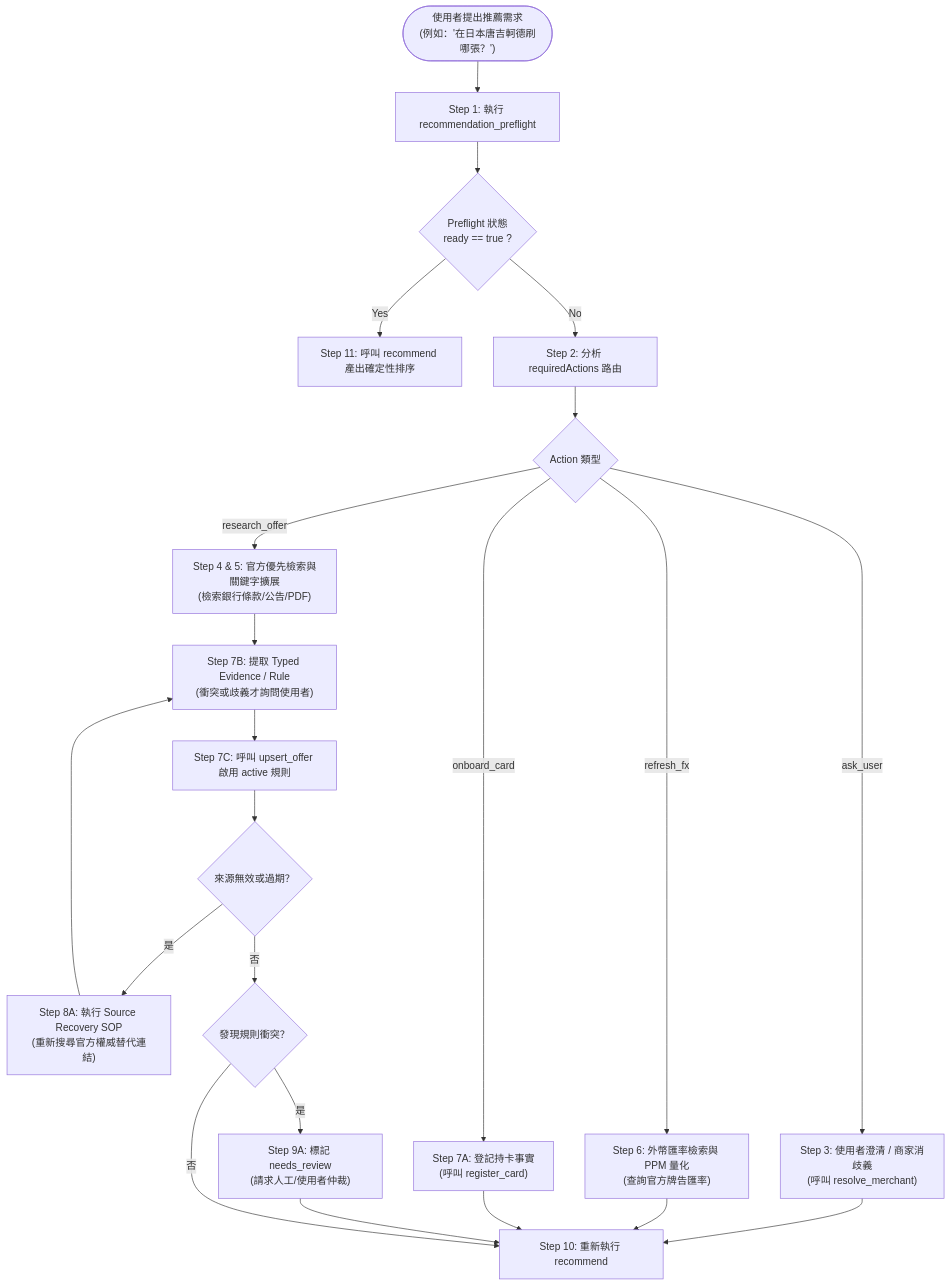
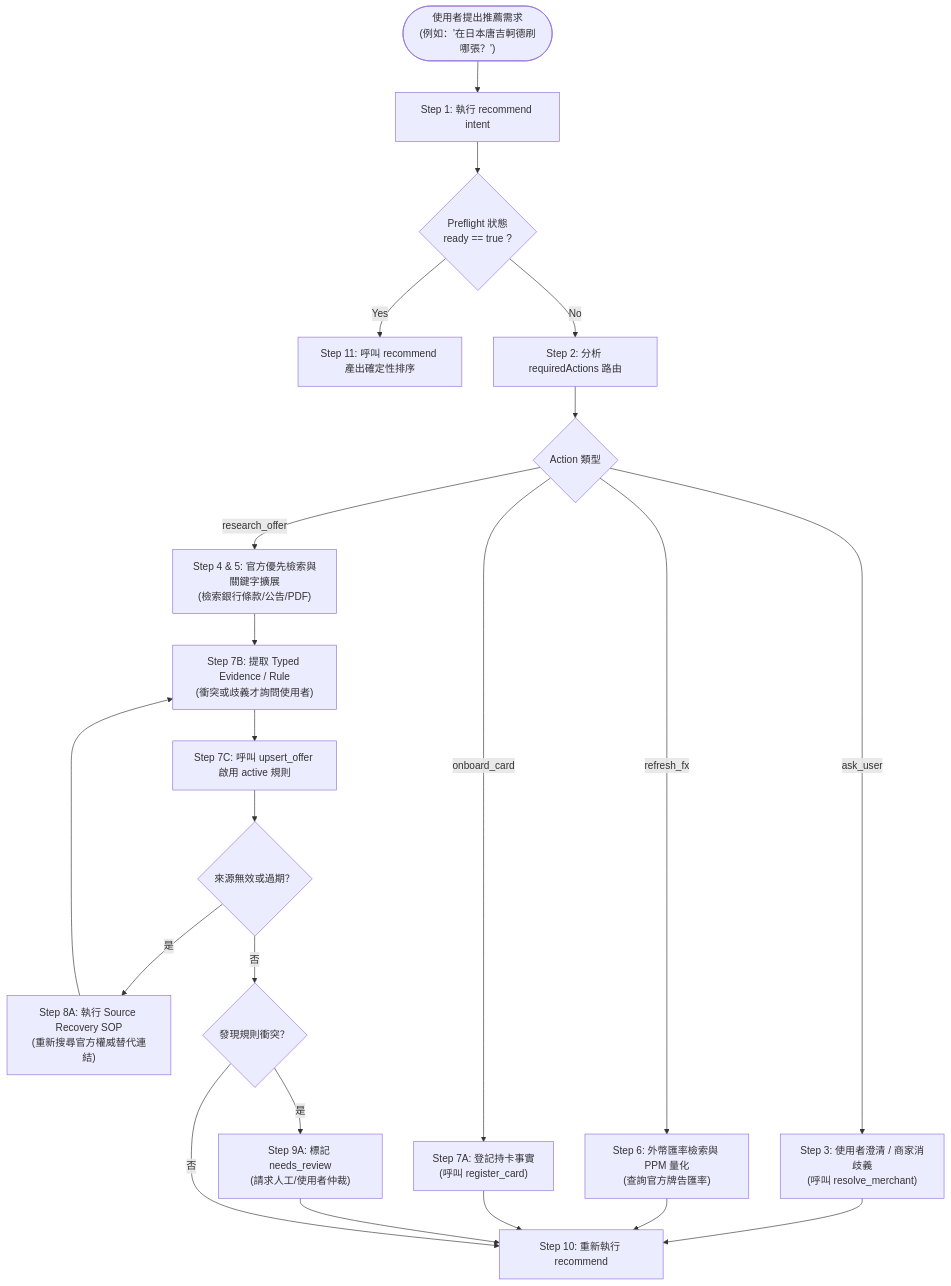
The diagram in docs/agents/agent-research-skill-and-preflight-sop.md (acetaxxxx/taiwan-card-rewards-mcp), drawn with Mermaid before and after one commit. The commit also changed 1 other file, not shown here.

Commit message:
docs: remove stale preflight and confirmation guidance

````diff
--- a/docs/agents/agent-research-skill-and-preflight-sop.md
+++ b/docs/agents/agent-research-skill-and-preflight-sop.md
@@ -72,29 +72,29 @@
 ```mermaid
 flowchart TD
-    Start(["使用者提出推薦需求\n(例如：'在日本唐吉軻德刷哪張？')"]) --> Step1["Step 1: 執行 recommendation_preflight"]
+    Start(["使用者提出推薦需求\n(例如：'在日本唐吉軻德刷哪張？')"]) --> Step1["Step 1: 執行 recommend intent"]
     Step1 --> CheckReady{"Preflight 狀態\nready == true ?"}
 
     CheckReady -- Yes --> Step11["Step 11: 呼叫 recommend 產出確定性排序"]
 
     CheckReady -- No --> Step2["Step 2: 分析 requiredActions 路由"]
 
     Step2 --> ActionRouter{Action 類型}
     ActionRouter -- ask_user --> Step3["Step 3: 使用者澄清 / 商家消歧義\n(呼叫 resolve_merchant)"]
     ActionRouter -- refresh_fx --> Step6["Step 6: 外幣匯率檢索與 PPM 量化\n(查詢官方牌告匯率)"]
     ActionRouter -- research_offer --> Step4["Step 4 & 5: 官方優先檢索與關鍵字擴展\n(檢索銀行條款/公告/PDF)"]
     ActionRouter -- onboard_card --> Step7A["Step 7A: 登記持卡事實\n(呼叫 register_card)"]
 
     Step3 --> Step10["Step 10: 重新執行 recommend"]
     Step6 --> Step10
     Step7A --> Step10
 
     Step4 --> Step7B["Step 7B: 提取 Typed Evidence / Rule\n(衝突或歧義才詢問使用者)"]
     Step7B --> Step7C["Step 7C: 呼叫 upsert_offer 啟用 active 規則"]
     Step7C --> Step8{"來源無效或過期？"}
     Step8 -- 是 --> Step8A["Step 8A: 執行 Source Recovery SOP\n(重新搜尋官方權威替代連結)"]
     Step8A --> Step7B
     Step8 -- 否 --> Step9{"發現規則衝突？"}
     Step9 -- 是 --> Step9A["Step 9A: 標記 needs_review\n(請求人工/使用者仲裁)"]
     Step9A --> Step10
     Step9 -- 否 --> Step10
 ```
````
